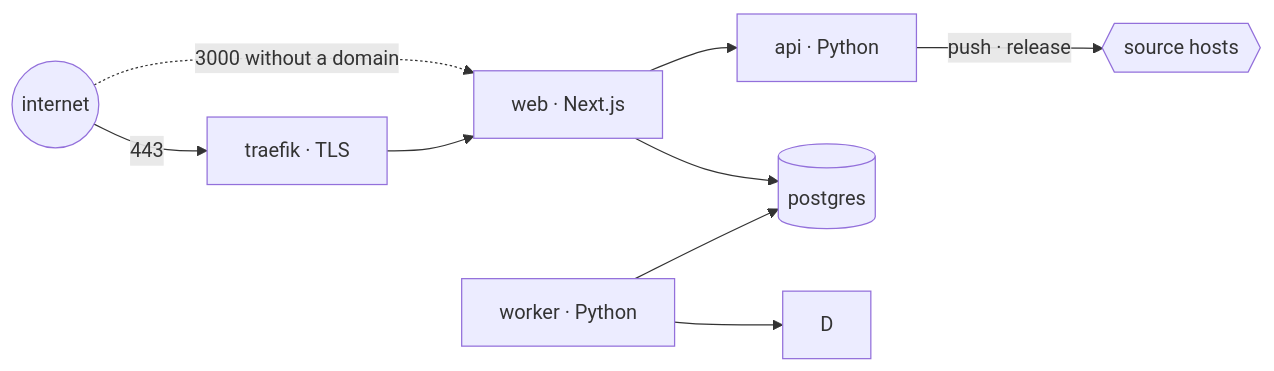
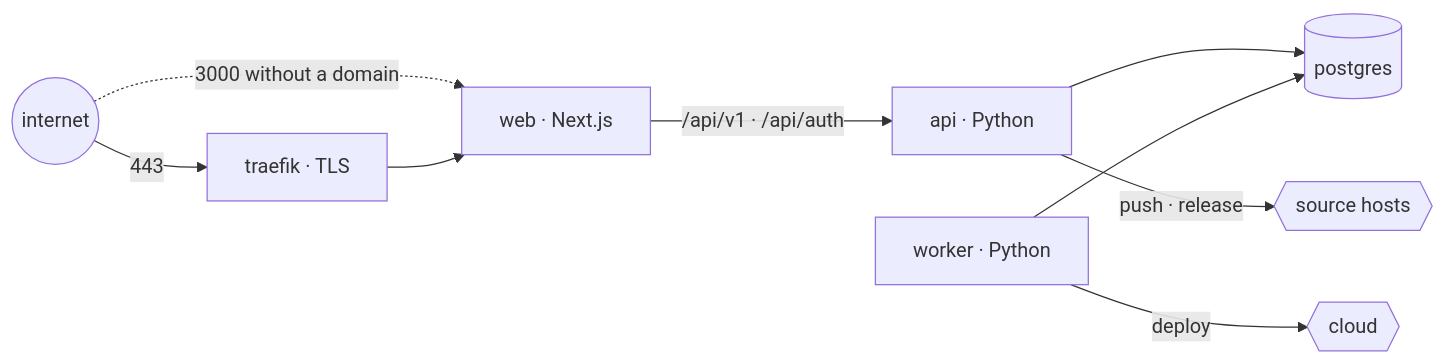
The diagram in docs/start_self_hosting.md (actionplatform/action-platform), drawn with Mermaid before and after one commit. The commit also changed other lines of this file and 3 other files, not shown here.

Commit message:
docs: the web app never reaches the database — diagrams and text corrected

````diff
--- a/docs/start_self_hosting.md
+++ b/docs/start_self_hosting.md
@@ -50,11 +50,11 @@
 ```mermaid
 flowchart LR
     I((internet)) -->|443| T[traefik · TLS]
     I -.->|3000 without a domain| W
     T --> W[web · Next.js]
-    W --> A[api · Python]
-    W --> P[(postgres)]
-    K[worker · Python] --> D
-    K --> P
+    W -->|"/api/v1 · /api/auth"| A[api · Python]
+    A --> P[(postgres)]
+    K[worker · Python] --> P
     A -->|"push · release"| G{{source hosts}}
+    K -->|"deploy"| C{{cloud}}
 ```
````
